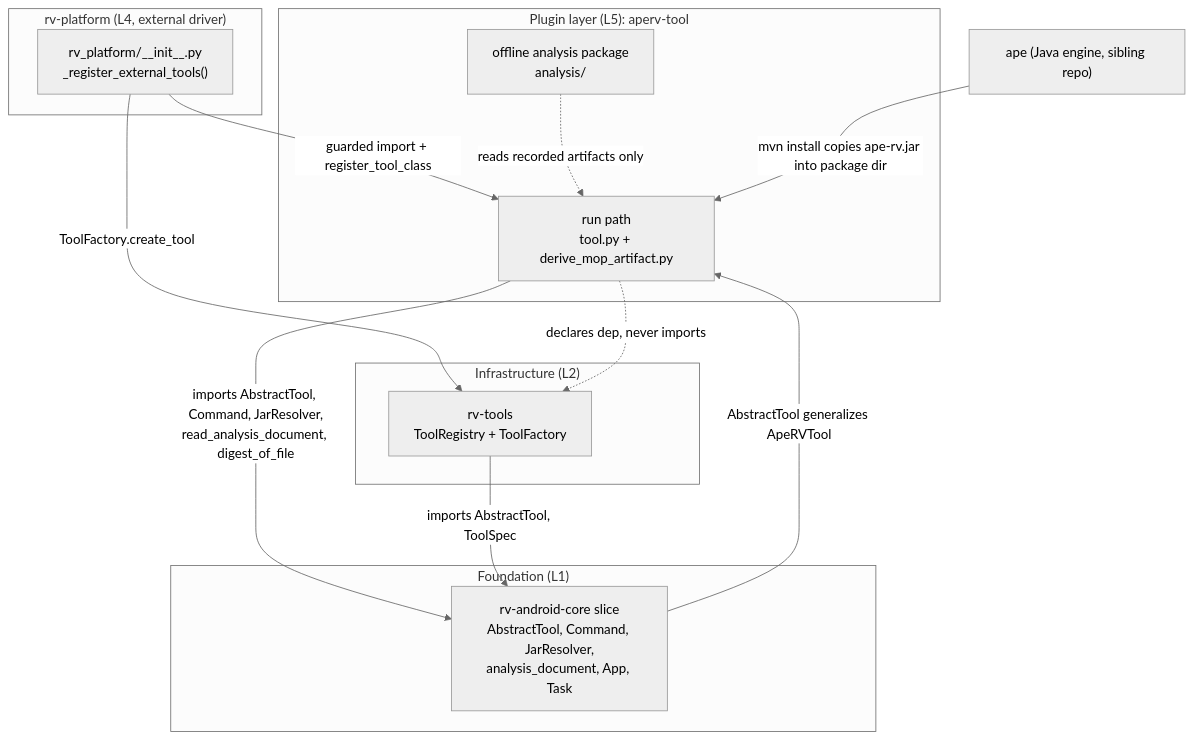
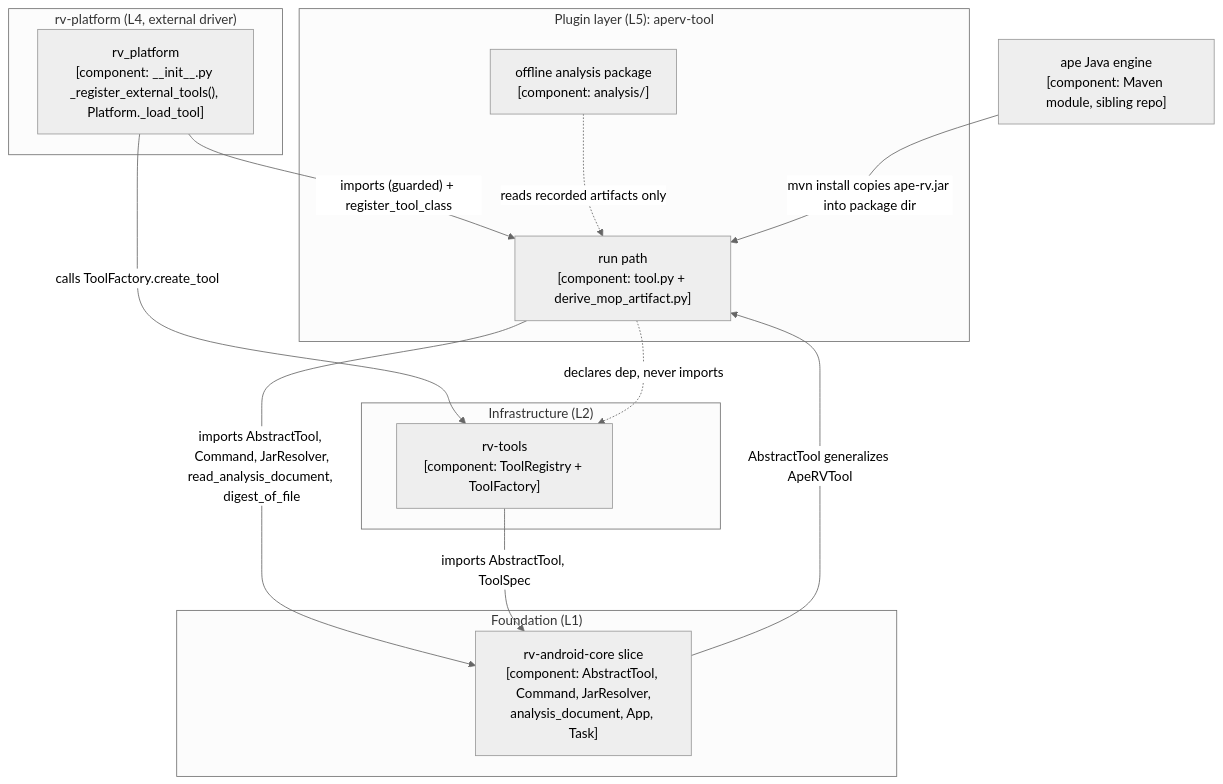
One commit to PAMunb/rvsec changed the second of 6 diagrams in rv-android/docs/architecture/ape-rv.md. Above: the diagram before and after it, drawn with Mermaid. The commit also changed other lines of this file and 7 other files, not shown here.

````diff
--- a/rv-android/docs/architecture/ape-rv.md
+++ b/rv-android/docs/architecture/ape-rv.md
@@ -679,27 +693,29 @@
 ```mermaid
 %%{init: {'theme': 'neutral'}}%%
 flowchart TB
+    %% Source: modules/rv-platform/src/rv_platform/__init__.py, modules/rv-platform/src/rv_platform/platform.py, modules/aperv-tool/src/aperv_tool/, modules/aperv-tool/pyproject.toml, modules/rv-tools/src/rv_tools/registry/, modules/rv-android-core/src/rv_android_core/tools/, modules/rv-android-core/src/rv_android_core/commands/, modules/rv-android-core/src/rv_android_core/util/jar_resolver.py, modules/rv-android-core/src/rv_android_core/util/analysis_document.py, ../../ape/pom.xml
+    %% Omitted: rv-android-core logging, error handling and constants (cross-cutting); the engine's internal packages (Diagram 3)
     subgraph host_l4 ["rv-platform (L4, external driver)"]
-        rvplatform["rv_platform/__init__.py<br/>_register_external_tools()"]
+        rvplatform["rv_platform<br/>[component: __init__.py _register_external_tools(), Platform._load_tool]"]
     end
     subgraph l5 ["Plugin layer (L5): aperv-tool"]
-        runpath["run path<br/>tool.py + derive_mop_artifact.py"]
-        offline["offline analysis package<br/>analysis/"]
+        runpath["run path<br/>[component: tool.py + derive_mop_artifact.py]"]
+        offline["offline analysis package<br/>[component: analysis/]"]
     end
     subgraph l2 ["Infrastructure (L2)"]
-        rvtools["rv-tools<br/>ToolRegistry + ToolFactory"]
+        rvtools["rv-tools<br/>[component: ToolRegistry + ToolFactory]"]
     end
     subgraph l1 ["Foundation (L1)"]
-        core["rv-android-core slice<br/>AbstractTool, Command, JarResolver,<br/>analysis_document, App, Task"]
+        core["rv-android-core slice<br/>[component: AbstractTool, Command, JarResolver,<br/>analysis_document, App, Task]"]
     end
-    apeengine["ape (Java engine, sibling repo)"]
+    apeengine["ape Java engine<br/>[component: Maven module, sibling repo]"]
 
-    rvplatform -->|"guarded import + register_tool_class"| runpath
-    rvplatform -->|"ToolFactory.create_tool"| rvtools
+    rvplatform -->|"imports (guarded) + register_tool_class"| runpath
+    rvplatform -->|"calls ToolFactory.create_tool"| rvtools
     runpath -->|"imports AbstractTool, Command, JarResolver,<br/>read_analysis_document, digest_of_file"| core
     runpath -.->|"declares dep, never imports"| rvtools
     rvtools -->|"imports AbstractTool, ToolSpec"| core
     core -->|"AbstractTool generalizes ApeRVTool"| runpath
     offline -.->|"reads recorded artifacts only"| runpath
     apeengine -->|"mvn install copies ape-rv.jar into package dir"| runpath
 ```
````
